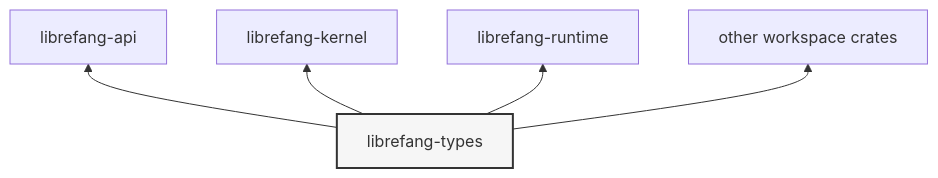
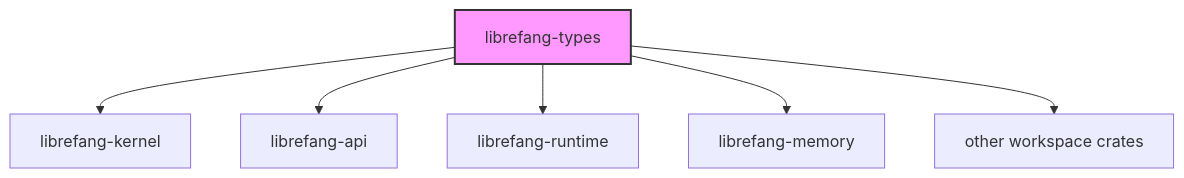
The diagram in other-librefang-types.md (leszek3737/librefang-WIki), drawn with Mermaid before and after one commit. The commit also changed other lines of this file and 119 other files, not shown here.

````diff
--- a/other-librefang-types.md
+++ b/other-librefang-types.md
@@ -9,15 +9,9 @@
 ```mermaid
-graph BT
-    types["librefang-types"]
-    api["librefang-api"]
-    kernel["librefang-kernel"]
-    runtime["librefang-runtime"]
-    other["other workspace crates"]
-
-    types --> api
-    types --> kernel
-    types --> runtime
-    types --> other
-
-    style types fill:#f6f6f6,stroke:#333,stroke-width:2px
+graph TD
+    A[librefang-types] --> B[librefang-kernel]
+    A --> C[librefang-api]
+    A --> D[librefang-runtime]
+    A --> E[librefang-memory]
+    A --> F[other workspace crates]
+    style A fill:#f9f,stroke:#333,stroke-width:2px
 ```
````
